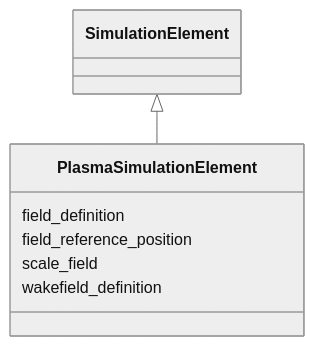
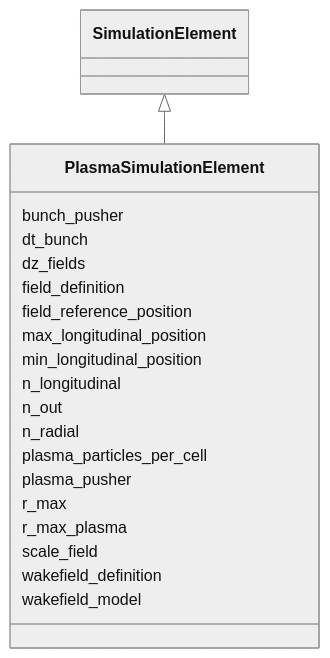
The diagram in docs/source/schema/PlasmaSimulationElement.md (astec-stfc/laura), drawn with Mermaid (neutral theme) before and after one commit. The commit also changed other lines of this file and 330 other files, not shown here.

Commit message:
Rationalising the schema and objects

````diff
--- a/docs/source/schema/PlasmaSimulationElement.md
+++ b/docs/source/schema/PlasmaSimulationElement.md
@@ -23,17 +23,43 @@
 ```mermaid
  classDiagram
     class PlasmaSimulationElement
     click PlasmaSimulationElement href "../PlasmaSimulationElement/"
       SimulationElement <|-- PlasmaSimulationElement
         click SimulationElement href "../SimulationElement/"
       
+      PlasmaSimulationElement : bunch_pusher
+        
+      PlasmaSimulationElement : dt_bunch
+        
+      PlasmaSimulationElement : dz_fields
+        
       PlasmaSimulationElement : field_definition
         
       PlasmaSimulationElement : field_reference_position
+        
+      PlasmaSimulationElement : max_longitudinal_position
+        
+      PlasmaSimulationElement : min_longitudinal_position
+        
+      PlasmaSimulationElement : n_longitudinal
+        
+      PlasmaSimulationElement : n_out
+        
+      PlasmaSimulationElement : n_radial
+        
+      PlasmaSimulationElement : plasma_particles_per_cell
+        
+      PlasmaSimulationElement : plasma_pusher
+        
+      PlasmaSimulationElement : r_max
+        
+      PlasmaSimulationElement : r_max_plasma
         
       PlasmaSimulationElement : scale_field
         
       PlasmaSimulationElement : wakefield_definition
         
+      PlasmaSimulationElement : wakefield_model
+        
       
 ```
````
